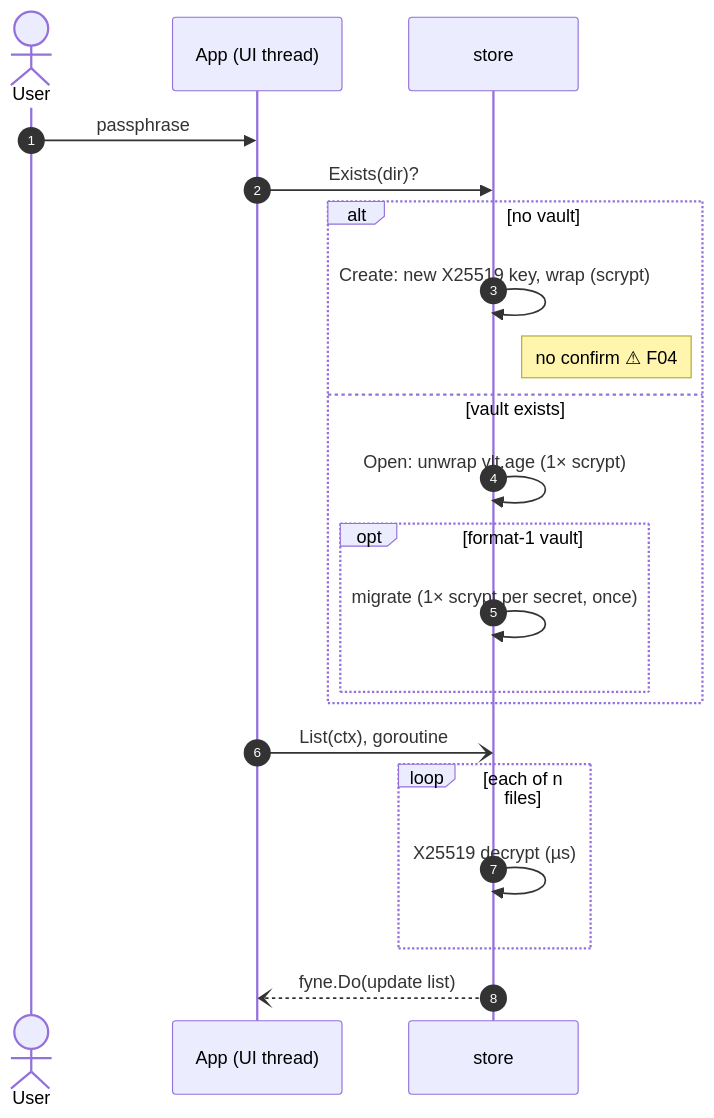
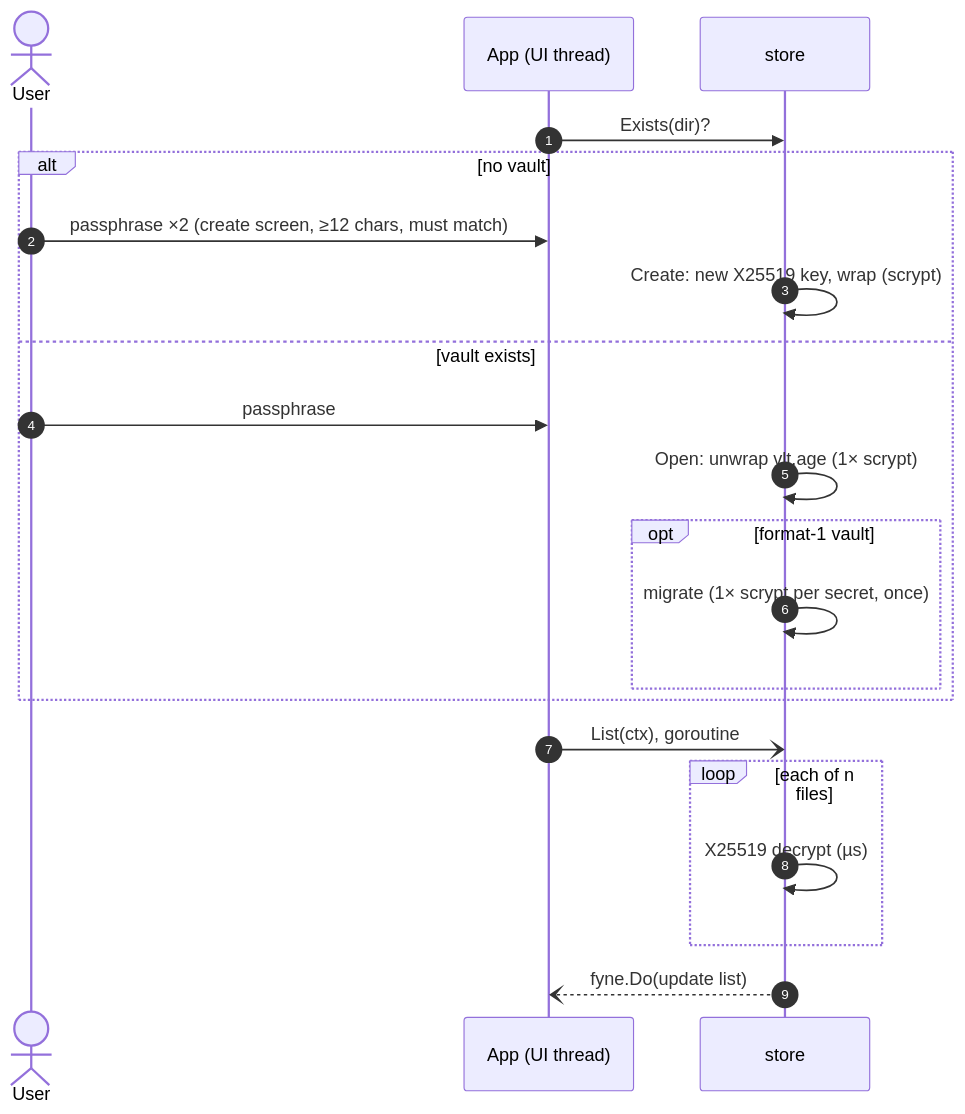
One commit to heyjdp/vlt changed the first of 2 diagrams in vault-vlt/Architecture/Unlock Flow.md. Above: the diagram before and after it, drawn with Mermaid. The commit also changed other lines of this file and 17 other files, not shown here.

First line of the commit message:
feat(ui): confirm the passphrase when creating a vault (F04)

````diff
--- a/vault-vlt/Architecture/Unlock Flow.md
+++ b/vault-vlt/Architecture/Unlock Flow.md
@@ -15,23 +15,23 @@
 ```mermaid
 sequenceDiagram
     autonumber
     actor User
     participant A as App (UI thread)
     participant S as store
-    User->>A: passphrase
     A->>S: Exists(dir)?
     alt no vault
+        User->>A: passphrase ×2 (create screen, ≥12 chars, must match)
         S->>S: Create: new X25519 key, wrap (scrypt)
-        Note right of S: no confirm ⚠ F04
     else vault exists
+        User->>A: passphrase
         S->>S: Open: unwrap vlt.age (1× scrypt)
         opt format-1 vault
             S->>S: migrate (1× scrypt per secret, once)
         end
     end
     A-)S: List(ctx), goroutine
     loop each of n files
         S->>S: X25519 decrypt (µs)
     end
     S--)A: fyne.Do(update list)
 ```
````
